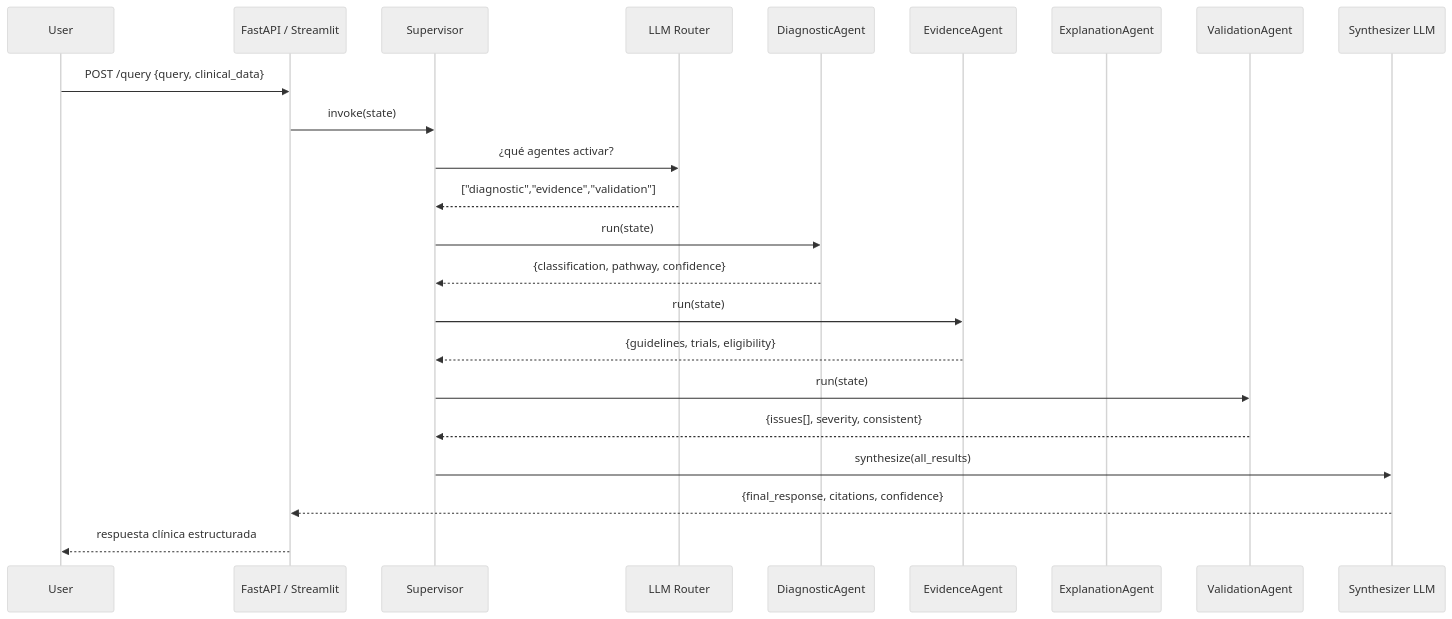
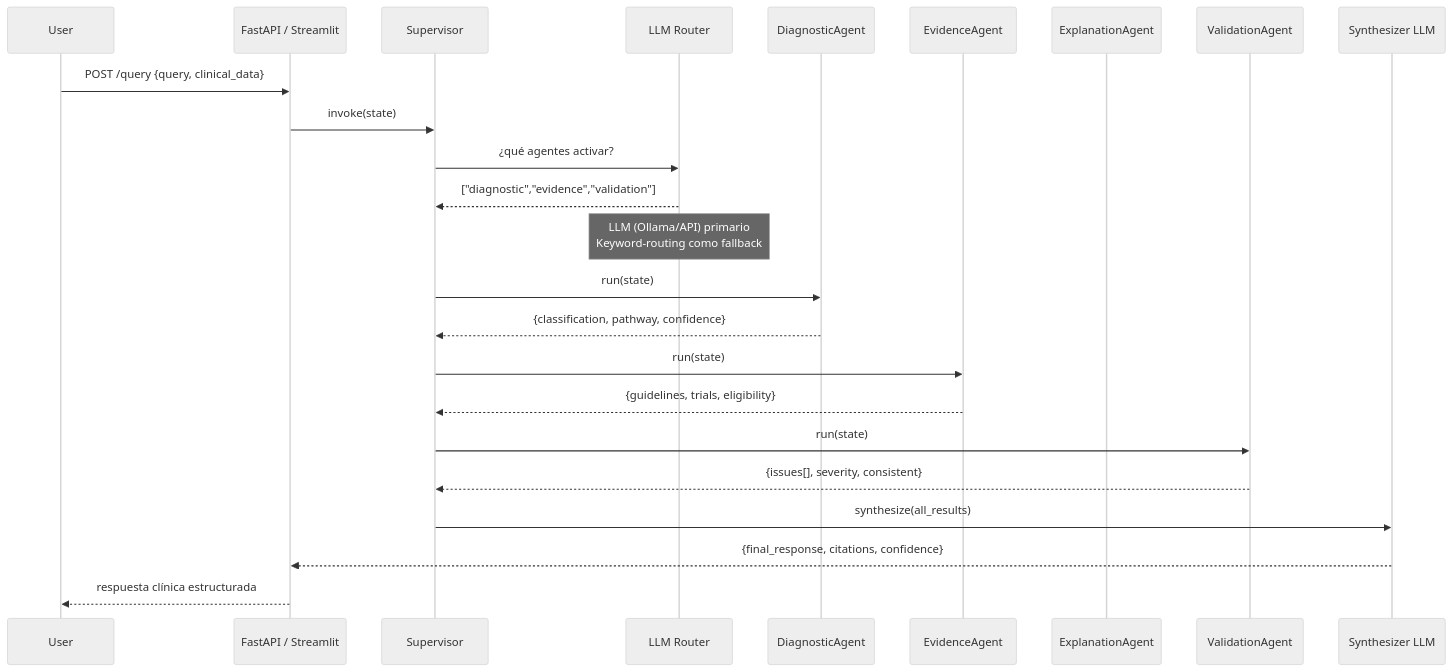
Before and after one commit to lrufiner/KnowledgeGraphHER2: the fourth of 6 diagrams in README.md, drawn with Mermaid (neutral theme). The commit also changed other lines of this file and 5 other files, not shown here.

````diff
--- a/README.md
+++ b/README.md
@@ -237,30 +237,31 @@
 ```mermaid
 sequenceDiagram
     participant User
     participant API as FastAPI / Streamlit
     participant SUP as Supervisor
     participant ROUTE as LLM Router
     participant DA as DiagnosticAgent
     participant EA as EvidenceAgent
     participant XA as ExplanationAgent
     participant VA as ValidationAgent
     participant SYN as Synthesizer LLM
 
     User->>API: POST /query {query, clinical_data}
     API->>SUP: invoke(state)
     SUP->>ROUTE: ¿qué agentes activar?
     ROUTE-->>SUP: ["diagnostic","evidence","validation"]
+    Note over ROUTE: LLM (Ollama/API) primario<br/>Keyword-routing como fallback
 
     SUP->>DA: run(state)
     DA-->>SUP: {classification, pathway, confidence}
 
     SUP->>EA: run(state)
     EA-->>SUP: {guidelines, trials, eligibility}
 
     SUP->>VA: run(state)
     VA-->>SUP: {issues[], severity, consistent}
 
     SUP->>SYN: synthesize(all_results)
     SYN-->>API: {final_response, citations, confidence}
     API-->>User: respuesta clínica estructurada
 ```
````
